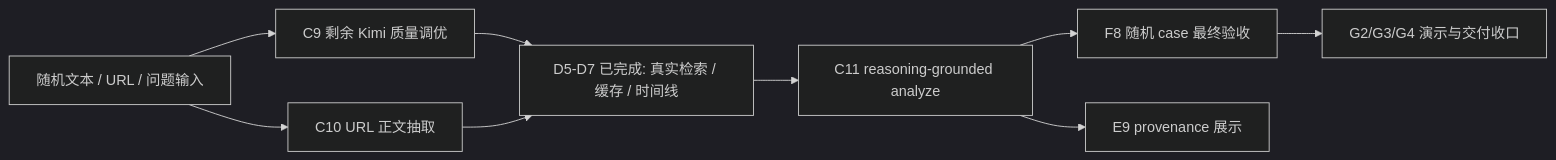
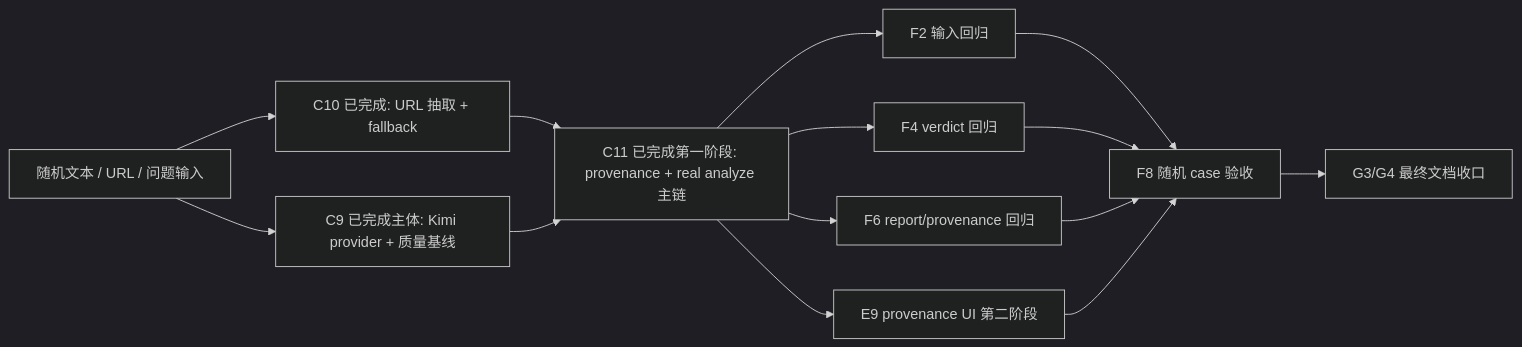
The first of 2 diagrams in overview/10_unfinished-task-priority-and-parallel-analysis.md (forwaryan/rumor-checking), drawn with Mermaid (dark theme) before and after one commit. The commit also changed other lines of this file and 8 other files, not shown here.

````diff
--- a/overview/10_unfinished-task-priority-and-parallel-analysis.md
+++ b/overview/10_unfinished-task-priority-and-parallel-analysis.md
@@ -18,11 +18,16 @@
 ```mermaid
 flowchart LR
-    A["随机文本 / URL / 问题输入"] --> B["C9 剩余 Kimi 质量调优"]
-    A --> C["C10 URL 正文抽取"]
-    B --> D["D5-D7 已完成: 真实检索 / 缓存 / 时间线"]
+    A["随机文本 / URL / 问题输入"] --> B["C10 已完成: URL 抽取 + fallback"]
+    A --> C["C9 已完成主体: Kimi provider + 质量基线"]
+    B --> D["C11 已完成第一阶段: provenance + real analyze 主链"]
     C --> D
-    D --> E["C11 reasoning-grounded analyze"]
-    E --> F["F8 随机 case 最终验收"]
-    E --> G["E9 provenance 展示"]
-    F --> H["G2/G3/G4 演示与交付收口"]
+    D --> E["F2 输入回归"]
+    D --> F["F4 verdict 回归"]
+    D --> G["F6 report/provenance 回归"]
+    D --> I["E9 provenance UI 第二阶段"]
+    E --> H["F8 随机 case 验收"]
+    F --> H
+    G --> H
+    I --> H
+    H --> J["G3/G4 最终文档收口"]
 ```
````
